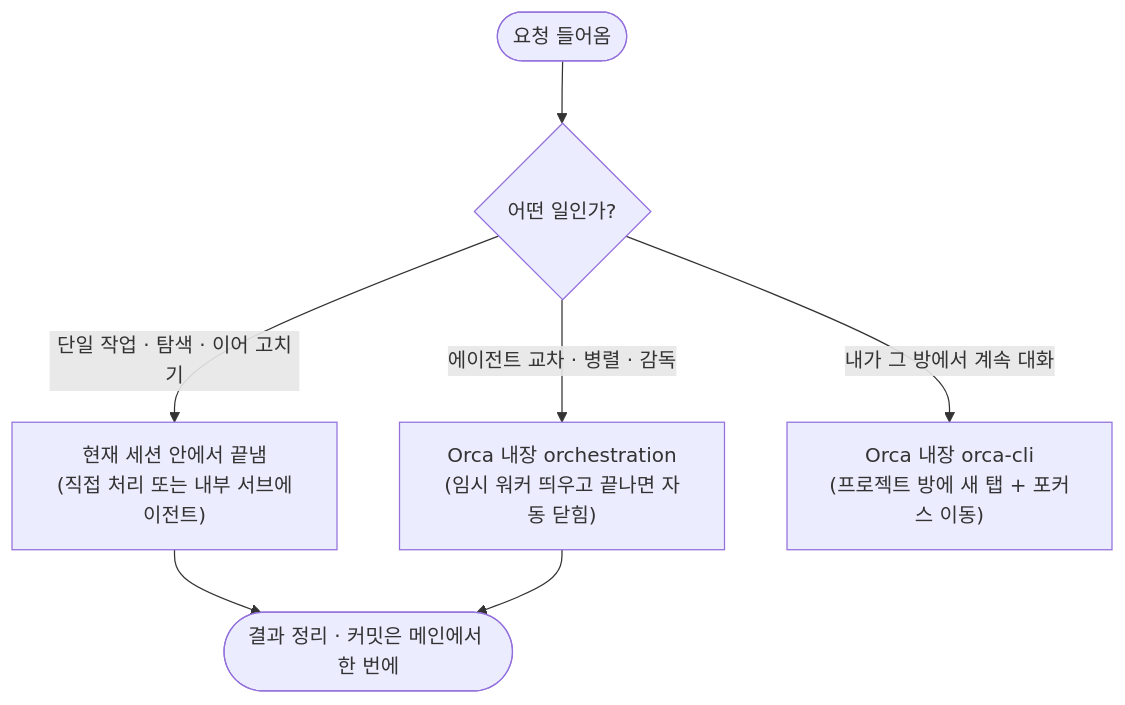
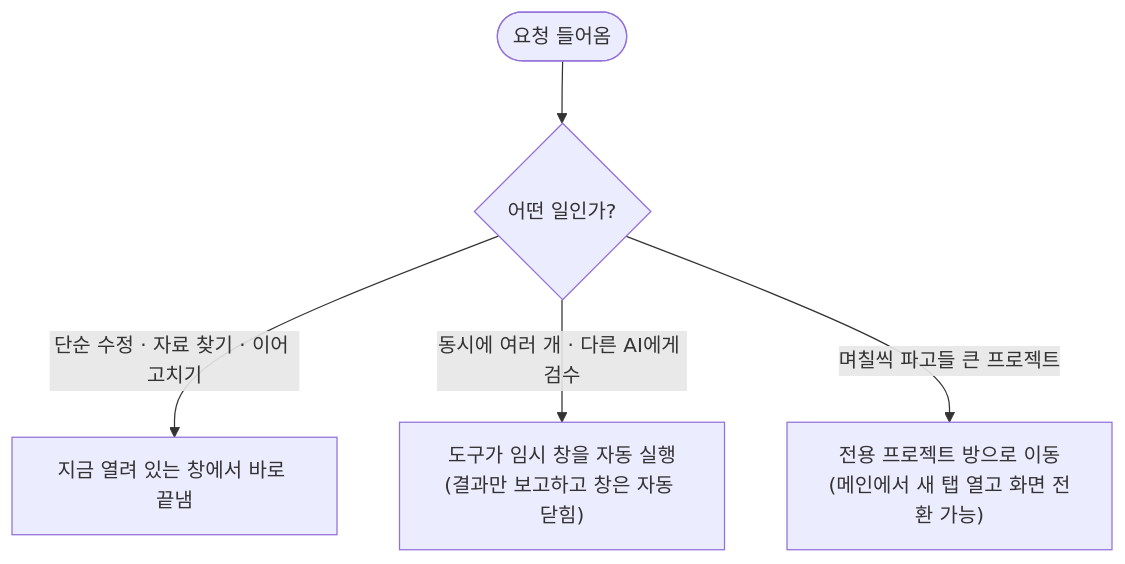
The diagram in _posts/2026-11-28-orchestration-role-split.md (datatous/datatous.github.io), drawn with Mermaid before and after one commit. The commit also changed other lines of this file, not shown here.

````diff
--- a/_posts/2026-11-28-orchestration-role-split.md
+++ b/_posts/2026-11-28-orchestration-role-split.md
@@ -58,9 +43,7 @@
 ```mermaid
 flowchart TD
   REQ([요청 들어옴]) --> Q{"어떤 일인가?"}
-  Q -- "단일 작업 · 탐색 · 이어 고치기" --> IN["현재 세션 안에서 끝냄<br/>(직접 처리 또는 내부 서브에이전트)"]
-  Q -- "에이전트 교차 · 병렬 · 감독" --> ORCA["Orca 내장 orchestration<br/>(임시 워커 띄우고 끝나면 자동 닫힘)"]
-  Q -- "내가 그 방에서 계속 대화" --> HAND["Orca 내장 orca-cli<br/>(프로젝트 방에 새 탭 + 포커스 이동)"]
-  IN --> DONE([결과 정리 · 커밋은 메인에서 한 번에])
-  ORCA --> DONE
+  Q -- "단순 수정 · 자료 찾기 · 이어 고치기" --> NOW["지금 열려 있는 창에서 바로 끝냄"]
+  Q -- "동시에 여러 개 · 다른 AI에게 검수" --> AUTO["도구가 임시 창을 자동 실행<br/>(결과만 보고하고 창은 자동 닫힘)"]
+  Q -- "며칠씩 파고들 큰 프로젝트" --> ROOM["전용 프로젝트 방으로 이동<br/>(메인에서 새 탭 열고 화면 전환 가능)"]
 ```
````
